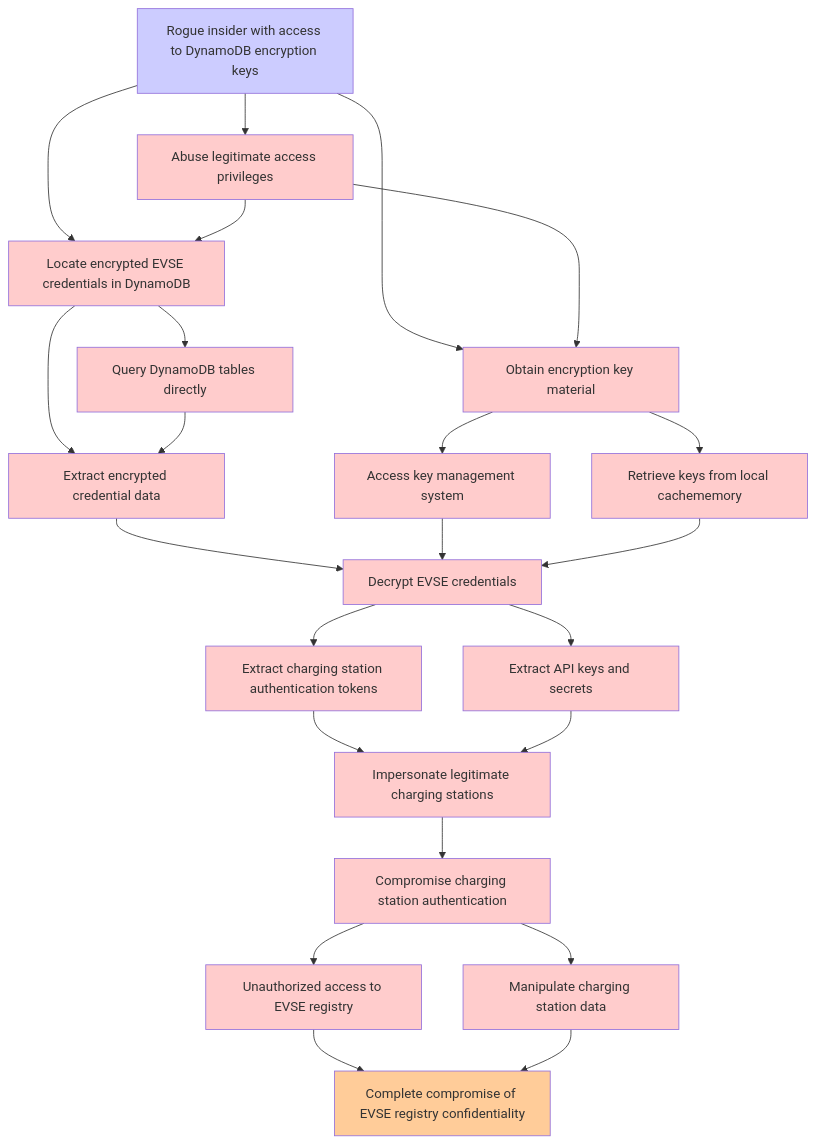
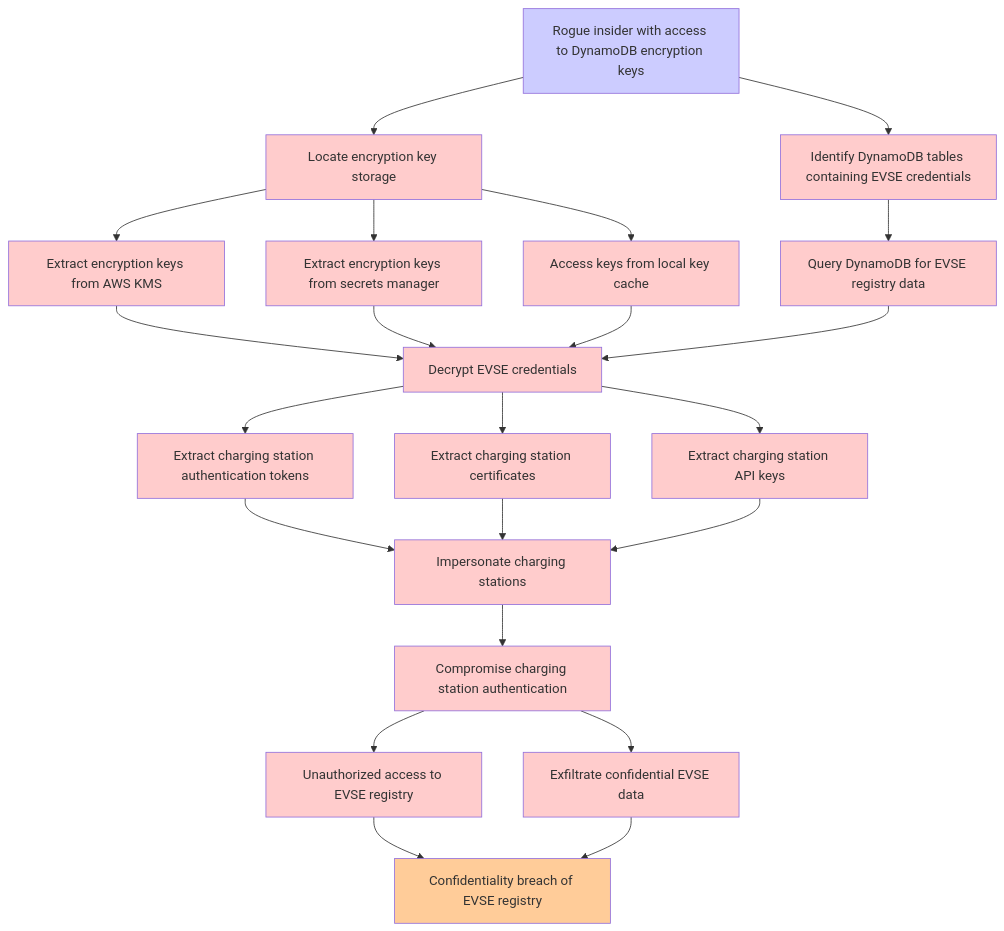
The diagram in threatforest-agentic-application/threatforest-strands/output/attack_tree_T002_data_exposure.md (aws-samples/sample-agentic-attack-tree-generator), drawn with Mermaid before and after one commit. The commit also changed 37 other files, not shown here.

````diff
--- a/threatforest-agentic-application/threatforest-strands/output/attack_tree_T002_data_exposure.md
+++ b/threatforest-agentic-application/threatforest-strands/output/attack_tree_T002_data_exposure.md
@@ -19,32 +19,31 @@
 ```mermaid
 graph TD
-    A["Rogue insider with access to DynamoDB encryption keys"] --> B["Locate encrypted EVSE credentials in DynamoDB"]
-    A --> C["Obtain encryption key material"]
-    B --> D["Extract encrypted credential data"]
-    C --> E["Access key management system"]
-    C --> F["Retrieve keys from local cachememory"]
-    D --> G["Decrypt EVSE credentials"]
-    E --> G
-    F --> G
-    G --> H["Extract charging station authentication tokens"]
-    G --> I["Extract API keys and secrets"]
-    H --> J["Impersonate legitimate charging stations"]
-    I --> J
-    J --> K["Compromise charging station authentication"]
-    K --> L["Unauthorized access to EVSE registry"]
-    K --> M["Manipulate charging station data"]
-    L --> N["Complete compromise of EVSE registry confidentiality"]
-    M --> N
-    B --> O["Query DynamoDB tables directly"]
-    O --> D
-    A --> P["Abuse legitimate access privileges"]
-    P --> B
-    P --> C
+    A["Rogue insider with access to DynamoDB encryption keys"] --> B["Locate encryption key storage"]
+    A --> C["Identify DynamoDB tables containing EVSE credentials"]
+    B --> D["Extract encryption keys from AWS KMS"]
+    B --> E["Extract encryption keys from secrets manager"]
+    B --> F["Access keys from local key cache"]
+    C --> G["Query DynamoDB for EVSE registry data"]
+    D --> H["Decrypt EVSE credentials"]
+    E --> H
+    F --> H
+    G --> H
+    H --> I["Extract charging station authentication tokens"]
+    H --> J["Extract charging station certificates"]
+    H --> K["Extract charging station API keys"]
+    I --> L["Impersonate charging stations"]
+    J --> L
+    K --> L
+    L --> M["Compromise charging station authentication"]
+    M --> N["Unauthorized access to EVSE registry"]
+    M --> O["Exfiltrate confidential EVSE data"]
+    N --> P["Confidentiality breach of EVSE registry"]
+    O --> P
     classDef attack fill:#ffcccc
     classDef goal fill:#ffcc99
     classDef fact fill:#ccccff
-    class B,C,D,E,F,G,H,I,J,K,L,M,O,P attack
-    class N goal
+    class B,C,D,E,F,G,H,I,J,K,L,M,N,O attack
+    class P goal
     class A fact
     classDef mitigation fill:#ccffcc
 ```
````
